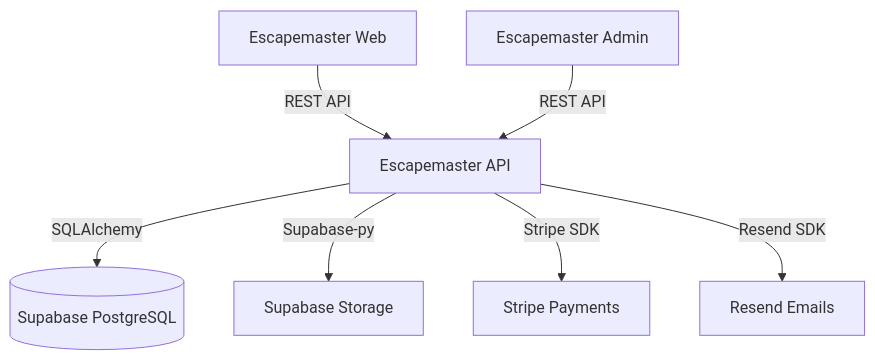
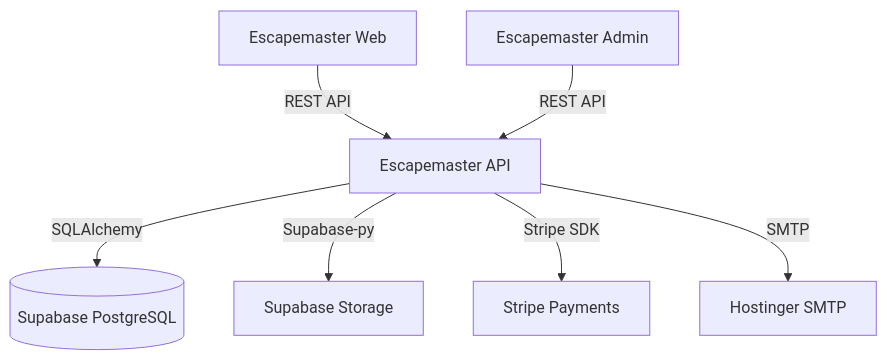
The diagram in api/ARCHITECTURE.md (diegogzt/escapemaster-docs), drawn with Mermaid before and after one commit. The commit also changed other lines of this file and 3 other files, not shown here.

Commit message:
docs: update changelog and architecture for escapemaster rebranding and hr modules

````diff
--- a/api/ARCHITECTURE.md
+++ b/api/ARCHITECTURE.md
@@ -7,10 +7,10 @@
 ```mermaid
 graph TD
     Client[Escapemaster Web] -->|REST API| API[Escapemaster API]
     Admin[Escapemaster Admin] -->|REST API| API
     
     API -->|SQLAlchemy| DB[(Supabase PostgreSQL)]
     API -->|Supabase-py| Storage[Supabase Storage]
     API -->|Stripe SDK| Stripe[Stripe Payments]
-    API -->|Resend SDK| Email[Resend Emails]
+    API -->|SMTP| Email[Hostinger SMTP]
 ```
````
